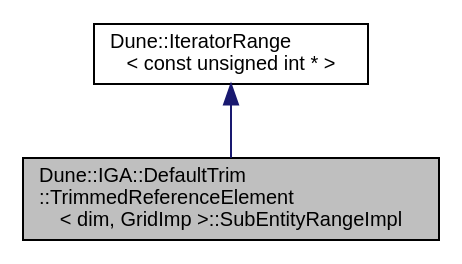
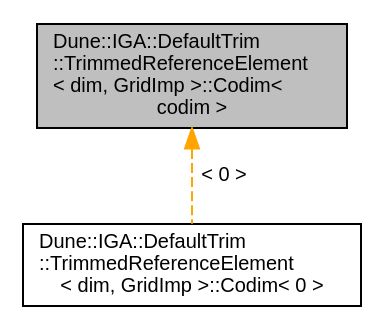
The diagram in d5/d75/a01570.dot (rath3t/dune-iga-doc), drawn with Graphviz before and after one commit. The commit also changed 905 other files, not shown here.

Commit message:
deploy: rath3t/dune-iga@d8a44eca90f25a5ae209474fbb29074a41c174b0

```diff
--- a/d5/d75/a01570.dot
+++ b/d5/d75/a01570.dot
@@ -1,9 +1,9 @@
-digraph "Dune::IGA::DefaultTrim::TrimmedReferenceElement&lt; dim, GridImp &gt;::SubEntityRangeImpl"
+digraph "Dune::IGA::DefaultTrim::TrimmedReferenceElement&lt; dim, GridImp &gt;::Codim&lt; codim &gt;"
 {
  // LATEX_PDF_SIZE
   edge [fontname="Helvetica",fontsize="10",labelfontname="Helvetica",labelfontsize="10"];
   node [fontname="Helvetica",fontsize="10",shape=record];
-  Node1 [label="Dune::IGA::DefaultTrim\l::TrimmedReferenceElement\l\< dim, GridImp \>::SubEntityRangeImpl",height=0.2,width=0.4,color="black", fillcolor="grey75", style="filled", fontcolor="black",tooltip=" "];
-  Node2 -> Node1 [dir="back",color="midnightblue",fontsize="10",style="solid",fontname="Helvetica"];
-  Node2 [label="Dune::IteratorRange\l\< const unsigned int * \>",height=0.2,width=0.4,color="black", fillcolor="white", style="filled",tooltip=" "];
+  Node1 [label="Dune::IGA::DefaultTrim\l::TrimmedReferenceElement\l\< dim, GridImp \>::Codim\<\l codim \>",height=0.2,width=0.4,color="black", fillcolor="grey75", style="filled", fontcolor="black",tooltip="Collection of types depending on the codimension."];
+  Node1 -> Node2 [dir="back",color="orange",fontsize="10",style="dashed",label=" \< 0 \>" ,fontname="Helvetica"];
+  Node2 [label="Dune::IGA::DefaultTrim\l::TrimmedReferenceElement\l\< dim, GridImp \>::Codim\< 0 \>",height=0.2,width=0.4,color="black", fillcolor="white", style="filled",URL="$d5/d10/a01571.html",tooltip=" "];
 }
```
